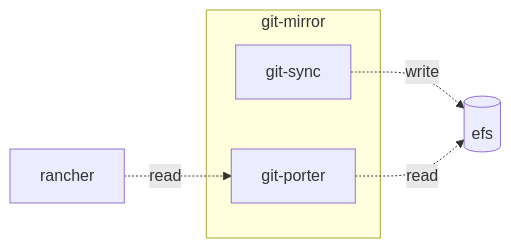
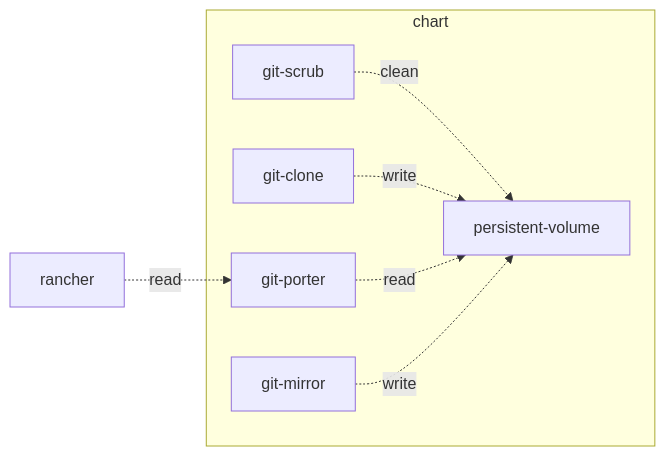
The diagram in README.md (rancher/git-mirror), drawn with Mermaid before and after one commit.

Commit message:
Update diagram

````diff
--- a/README.md
+++ b/README.md
@@ -7,16 +7,19 @@
 ```mermaid
 flowchart LR
-  git-sync
-  shared-storage[(efs)]
-  git-porter
   rancher
 
-  git-sync -. write .-> shared-storage
-  git-porter -. read .-> shared-storage
+  git-scrub -. clean .-> persistent-volume
+  git-clone -. write .-> persistent-volume
+  git-porter -. read .-> persistent-volume
+  git-mirror -. write .-> persistent-volume
+
   rancher -. read .-> git-porter
 
-  subgraph git-mirror
-    git-sync
+  subgraph chart
+    git-scrub
+    git-clone
     git-porter
+    git-mirror
+    persistent-volume
   end
 ```
````
